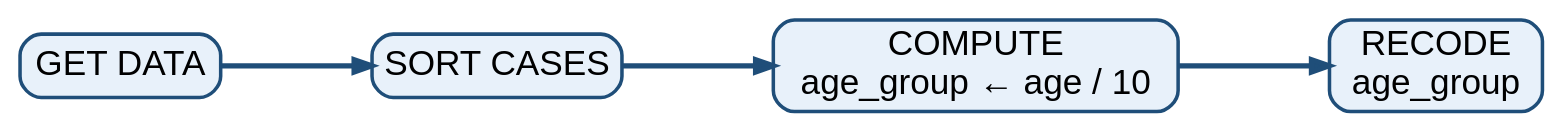
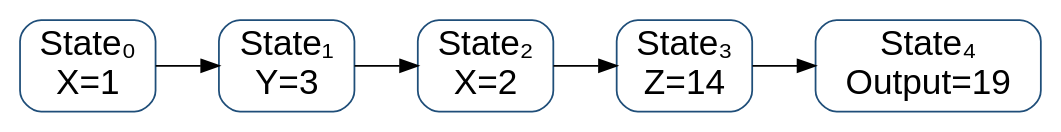
Before and after one commit to MagicSpik3/legacy-etl-compiler: the second of 2 diagrams in docs/slides.qmd, drawn with Graphviz. The commit also changed other lines of this file and 7 other files, not shown here.

````diff
--- a/docs/slides.qmd
+++ b/docs/slides.qmd
@@ -121,34 +173,14 @@
 ```{dot}
 digraph {
+  rankdir=LR;
+  node [shape=box, style=rounded, fillcolor="#E8F1FA", color="#1F4E79", fontname="Helvetica", fontsize=20];
 
-  graph [
-    rankdir=LR
-    nodesep=1.0
-    ranksep=1.2
-    fontname="Helvetica"
-    fontsize=22
-  ]
+  S0 [label="State₀\nX=1"];
+  S1 [label="State₁\nY=3"];
+  S2 [label="State₂\nX=2"];
+  S3 [label="State₃\nZ=14"];
+  S4 [label="State₄\nOutput=19"];
 
-  node [
-    shape=box
-    style="rounded,filled"
-    fillcolor="#E8F1FA"
-    color="#1F4E79"
-    penwidth=2
-    fontname="Helvetica"
-    fontsize=20
-  ]
-
-  edge [
-    color="#1F4E79"
-    penwidth=3
-  ]
-
-  A [label="GET DATA"]
-  B [label="SORT CASES"]
-  C [label="COMPUTE\nage_group ← age / 10"]
-  D [label="RECODE\nage_group"]
-
-  A -> B -> C -> D
+  S0 -> S1 -> S2 -> S3 -> S4;
 }
 ```
````
